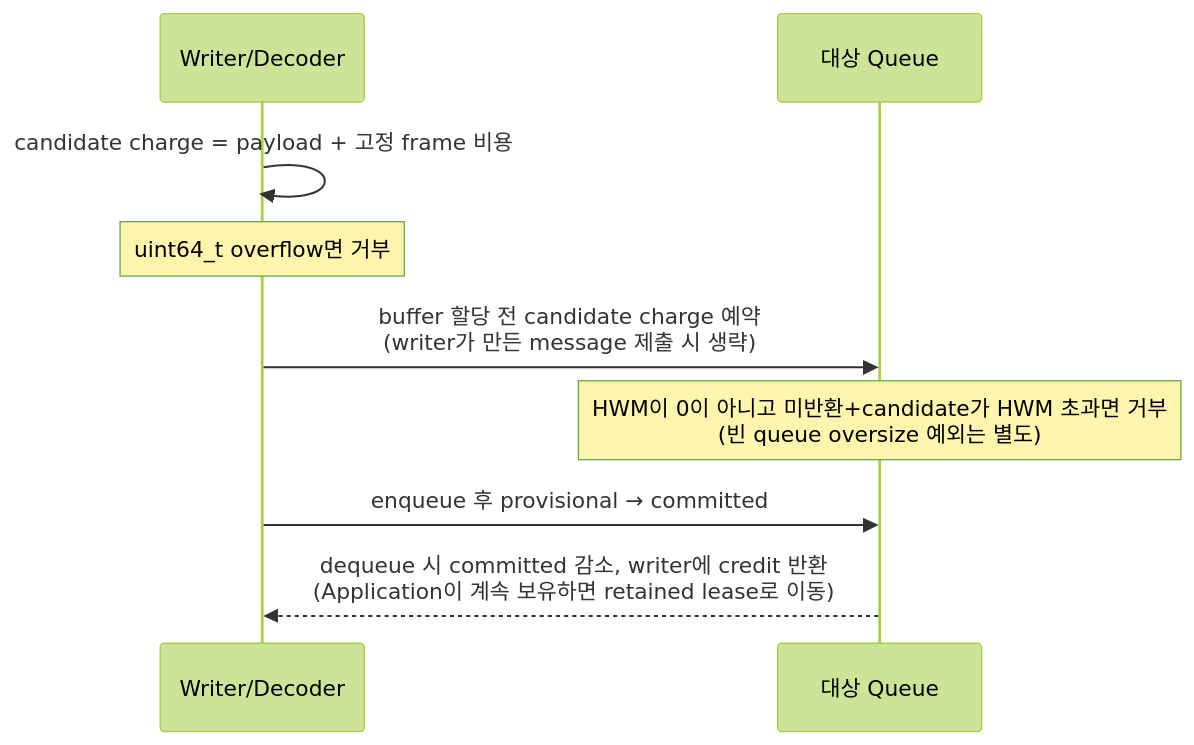
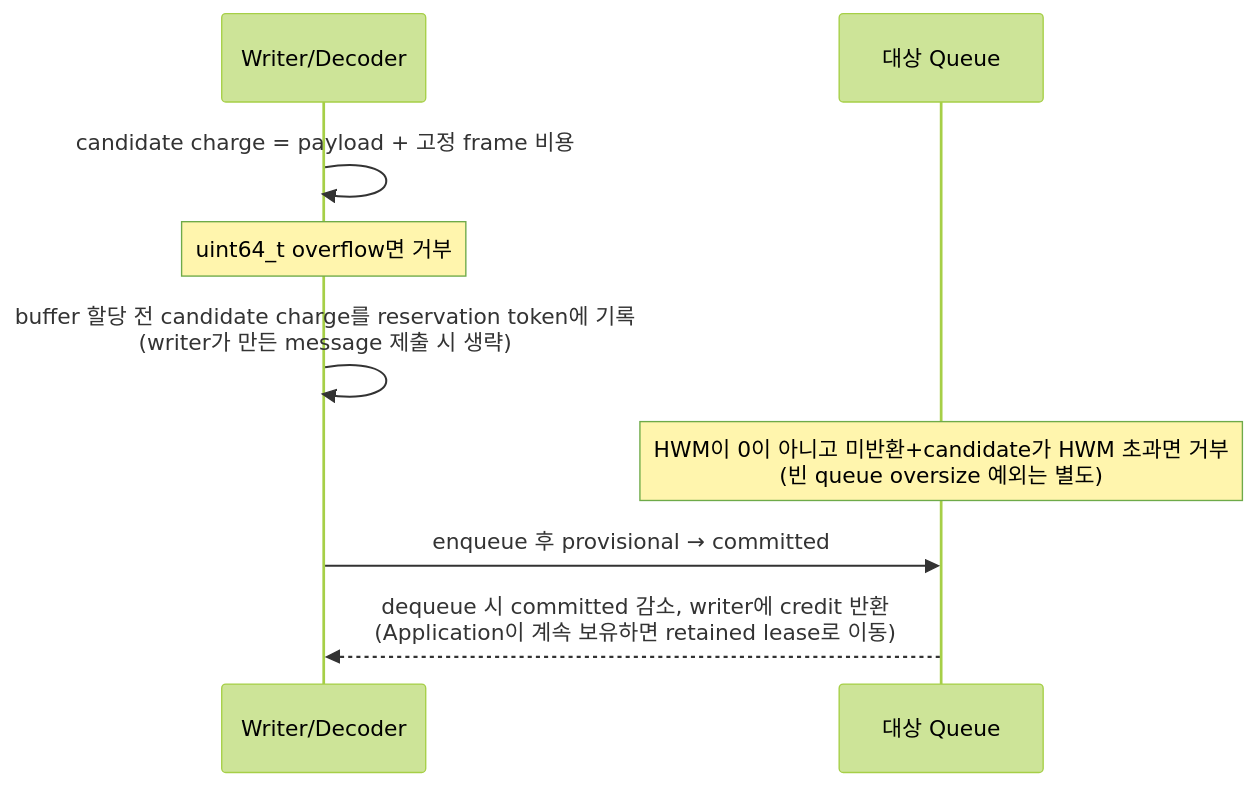
One commit to zlink-systems/zlink changed the diagram in core/doc/spec/core/systems/06-auto-hwm.ko.md. Above: the diagram before and after it, drawn with Mermaid (forest theme). The commit also changed other lines of this file and 37 other files, not shown here.

````diff
--- a/core/doc/spec/core/systems/06-auto-hwm.ko.md
+++ b/core/doc/spec/core/systems/06-auto-hwm.ko.md
@@ -426,11 +416,11 @@
 ```mermaid
 sequenceDiagram
     participant D as Writer/Decoder
     participant Q as 대상 Queue
     D->>D: candidate charge = payload + 고정 frame 비용
     Note over D: uint64_t overflow면 거부
-    D->>Q: buffer 할당 전 candidate charge 예약<br/>(writer가 만든 message 제출 시 생략)
+    D->>D: buffer 할당 전 candidate charge를 reservation token에 기록<br/>(writer가 만든 message 제출 시 생략)
     Note over Q: HWM이 0이 아니고 미반환+candidate가 HWM 초과면 거부<br/>(빈 queue oversize 예외는 별도)
     D->>Q: enqueue 후 provisional → committed
     Q-->>D: dequeue 시 committed 감소, writer에 credit 반환<br/>(Application이 계속 보유하면 retained lease로 이동)
 ```
````
